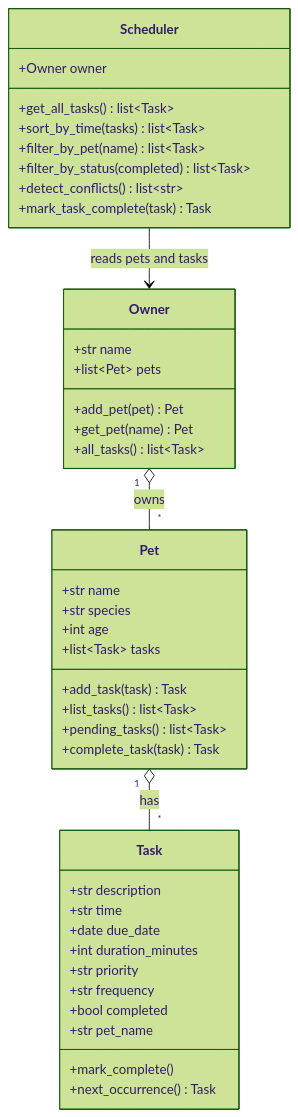
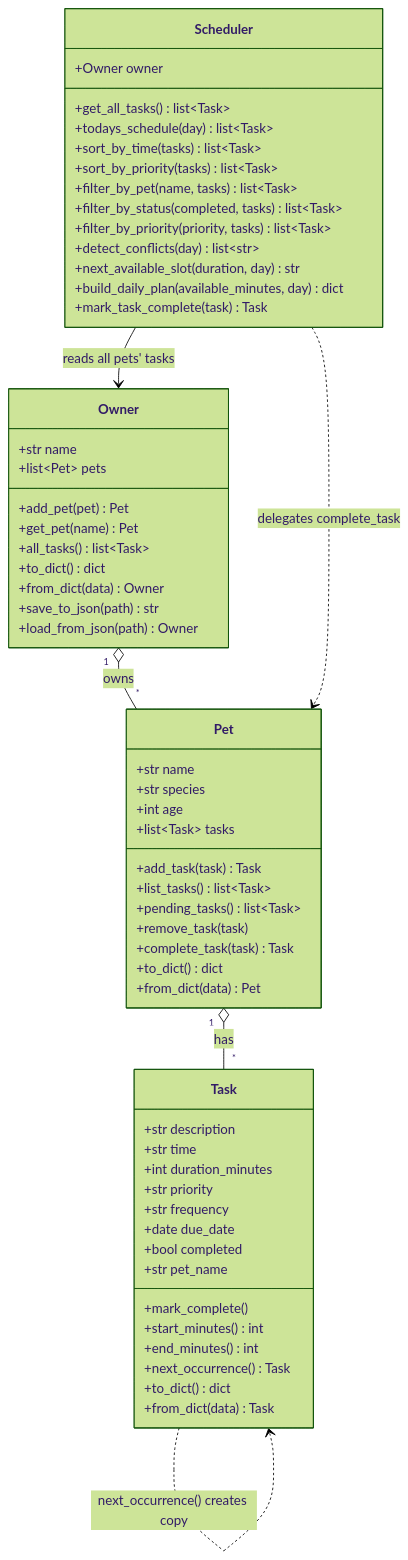
One commit to rafatito2/ai110-module2show-pawpal-starter changed the diagram in diagrams/uml.mmd. Above: the diagram before and after it, drawn with Mermaid (forest theme). The commit also changed 5 other files, not shown here.

Commit message:
docs: polish Streamlit UI, finalize UML, README walkthrough, reflection, and AI log

```diff
--- a/diagrams/uml.mmd
+++ b/diagrams/uml.mmd
@@ -1,48 +1,66 @@
 classDiagram
-    %% PawPal+ first draft (Phase 1). See uml_final.mmd for the version that matches the code.
+    %% PawPal+ final design. Matches pawpal_system.py.
 
     class Owner {
         +str name
         +list~Pet~ pets
         +add_pet(pet) Pet
         +get_pet(name) Pet
         +all_tasks() list~Task~
+        +to_dict() dict
+        +from_dict(data) Owner
+        +save_to_json(path) str
+        +load_from_json(path) Owner
     }
 
     class Pet {
         +str name
         +str species
         +int age
         +list~Task~ tasks
         +add_task(task) Task
         +list_tasks() list~Task~
         +pending_tasks() list~Task~
+        +remove_task(task)
         +complete_task(task) Task
+        +to_dict() dict
+        +from_dict(data) Pet
     }
 
     class Task {
         +str description
         +str time
-        +date due_date
         +int duration_minutes
         +str priority
         +str frequency
+        +date due_date
         +bool completed
         +str pet_name
         +mark_complete()
+        +start_minutes() int
+        +end_minutes() int
         +next_occurrence() Task
+        +to_dict() dict
+        +from_dict(data) Task
     }
 
     class Scheduler {
         +Owner owner
         +get_all_tasks() list~Task~
+        +todays_schedule(day) list~Task~
         +sort_by_time(tasks) list~Task~
-        +filter_by_pet(name) list~Task~
-        +filter_by_status(completed) list~Task~
-        +detect_conflicts() list~str~
+        +sort_by_priority(tasks) list~Task~
+        +filter_by_pet(name, tasks) list~Task~
+        +filter_by_status(completed, tasks) list~Task~
+        +filter_by_priority(priority, tasks) list~Task~
+        +detect_conflicts(day) list~str~
+        +next_available_slot(duration, day) str
+        +build_daily_plan(available_minutes, day) dict
         +mark_task_complete(task) Task
     }
 
     Owner "1" o-- "*" Pet : owns
     Pet "1" o-- "*" Task : has
-    Scheduler --> Owner : reads pets and tasks
+    Scheduler --> Owner : reads all pets' tasks
+    Scheduler ..> Pet : delegates complete_task
+    Task ..> Task : next_occurrence() creates copy
```
